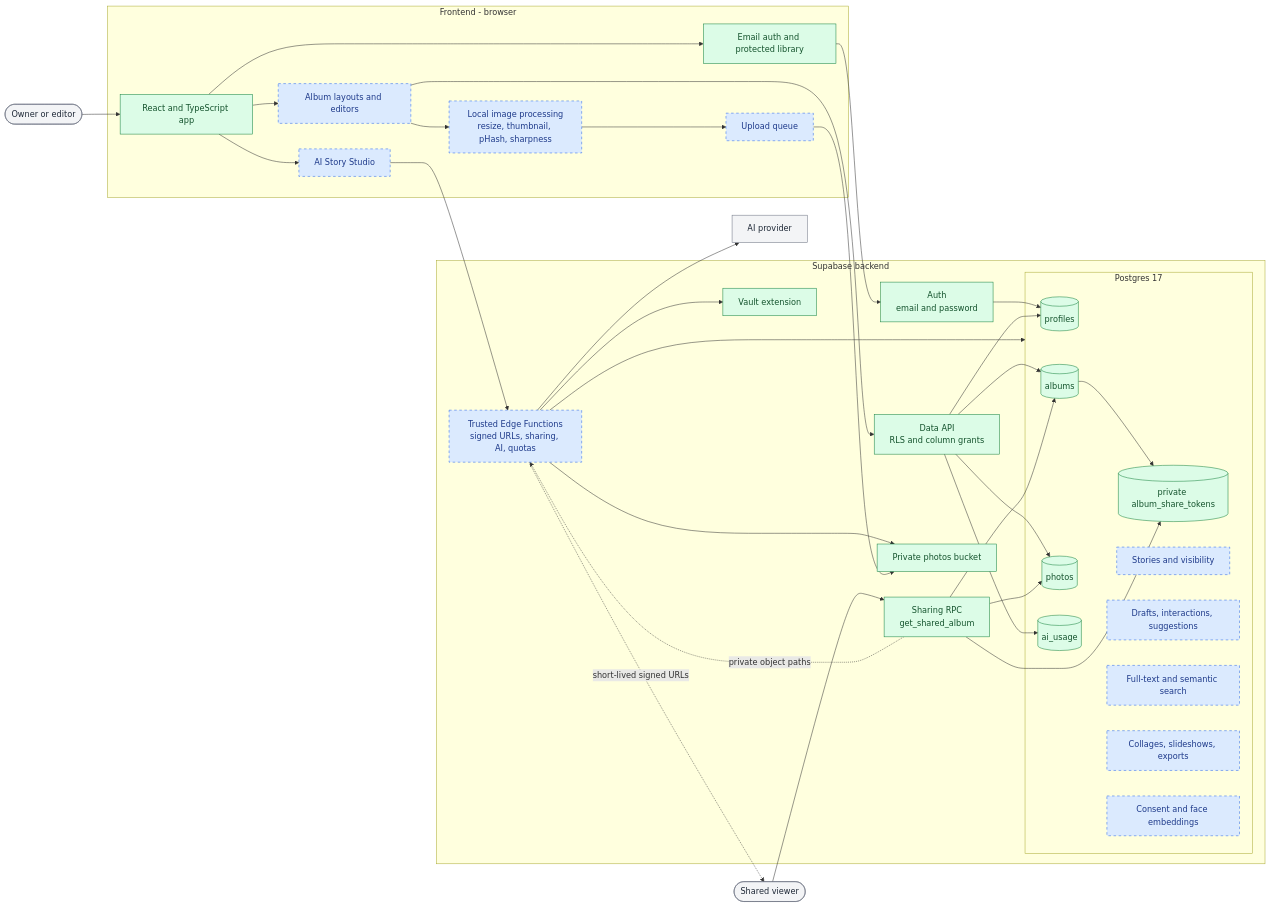
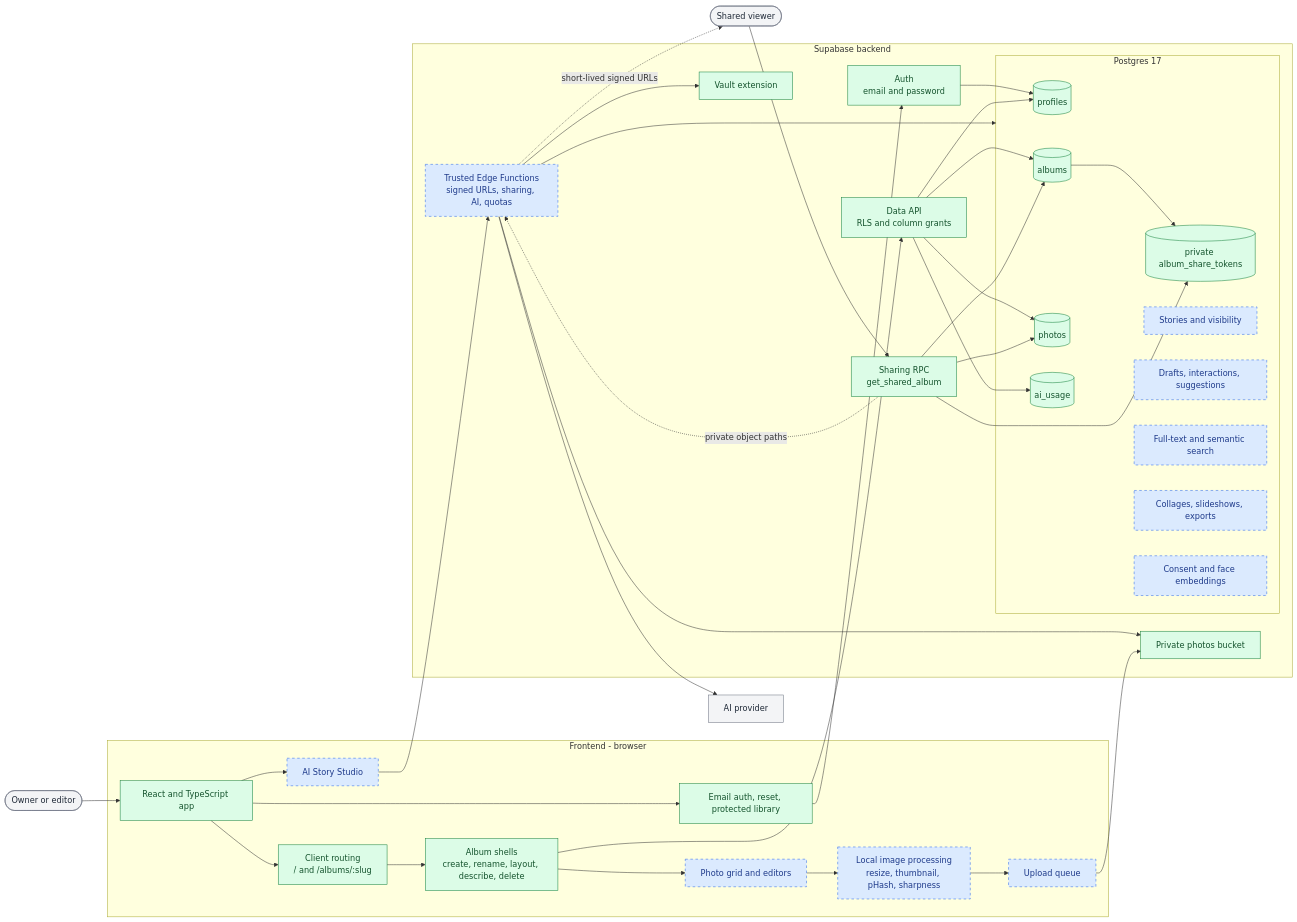
Before and after one commit to Elizabeth1979/albums-studio: the first of 3 diagrams in docs/project-structure.md, drawn with Mermaid. The commit also changed other lines of this file and 18 other files, not shown here.

````diff
--- a/docs/project-structure.md
+++ b/docs/project-structure.md
@@ -9,65 +9,68 @@
 ```mermaid
 flowchart LR
     User([Owner or editor]):::external
     Viewer([Shared viewer]):::external
     Model[AI provider]:::external
 
     subgraph Frontend["Frontend - browser"]
         App["React and TypeScript app"]:::current
-        AuthUI["Email auth and protected library"]:::current
-        AlbumUI["Album layouts and editors"]:::planned
+        AuthUI["Email auth, reset, protected library"]:::current
+        Router["Client routing<br/>/ and /albums/:slug"]:::current
+        AlbumUI["Album shells<br/>create, rename, layout, describe, delete"]:::current
+        PhotoUI["Photo grid and editors"]:::planned
         Studio["AI Story Studio"]:::planned
         Local["Local image processing<br/>resize, thumbnail, pHash, sharpness"]:::planned
         Upload["Upload queue"]:::planned
 
         App --> AuthUI
-        App --> AlbumUI
+        App --> Router --> AlbumUI
+        AlbumUI --> PhotoUI
         App --> Studio
-        AlbumUI --> Local --> Upload
+        PhotoUI --> Local --> Upload
     end
 
     subgraph Supabase["Supabase backend"]
         Auth["Auth<br/>email and password"]:::current
         DataAPI["Data API<br/>RLS and column grants"]:::current
         RPC["Sharing RPC<br/>get_shared_album"]:::current
         Storage["Private photos bucket"]:::current
         Vault["Vault extension"]:::current
 
         subgraph Database["Postgres 17"]
             Profiles[(profiles)]:::current
             Albums[(albums)]:::current
             Photos[(photos)]:::current
             Usage[(ai_usage)]:::current
             Tokens[(private album_share_tokens)]:::current
             TextSchema["Stories and visibility"]:::planned
             AISchema["Drafts, interactions, suggestions"]:::planned
             SearchSchema["Full-text and semantic search"]:::planned
             OutputSchema["Collages, slideshows, exports"]:::planned
             FaceSchema["Consent and face embeddings"]:::planned
         end
 
         Edge["Trusted Edge Functions<br/>signed URLs, sharing, AI, quotas"]:::planned
 
         Auth --> Profiles
         DataAPI --> Albums & Photos & Profiles & Usage
         Albums --> Tokens
         RPC --> Albums & Photos & Tokens
         Edge --> Database
         Edge --> Storage
         Edge --> Vault
     end
 
     User --> App
     AuthUI --> Auth
     AlbumUI --> DataAPI
     Upload --> Storage
     Studio --> Edge
     Edge --> Model
     Viewer --> RPC
     RPC -. "private object paths" .-> Edge
     Edge -. "short-lived signed URLs" .-> Viewer
 
     classDef current fill:#dcfce7,stroke:#15803d,color:#14532d
     classDef planned fill:#dbeafe,stroke:#2563eb,color:#1e3a8a,stroke-dasharray:5 5
     classDef external fill:#f3f4f6,stroke:#6b7280,color:#1f2937
 ```
````
